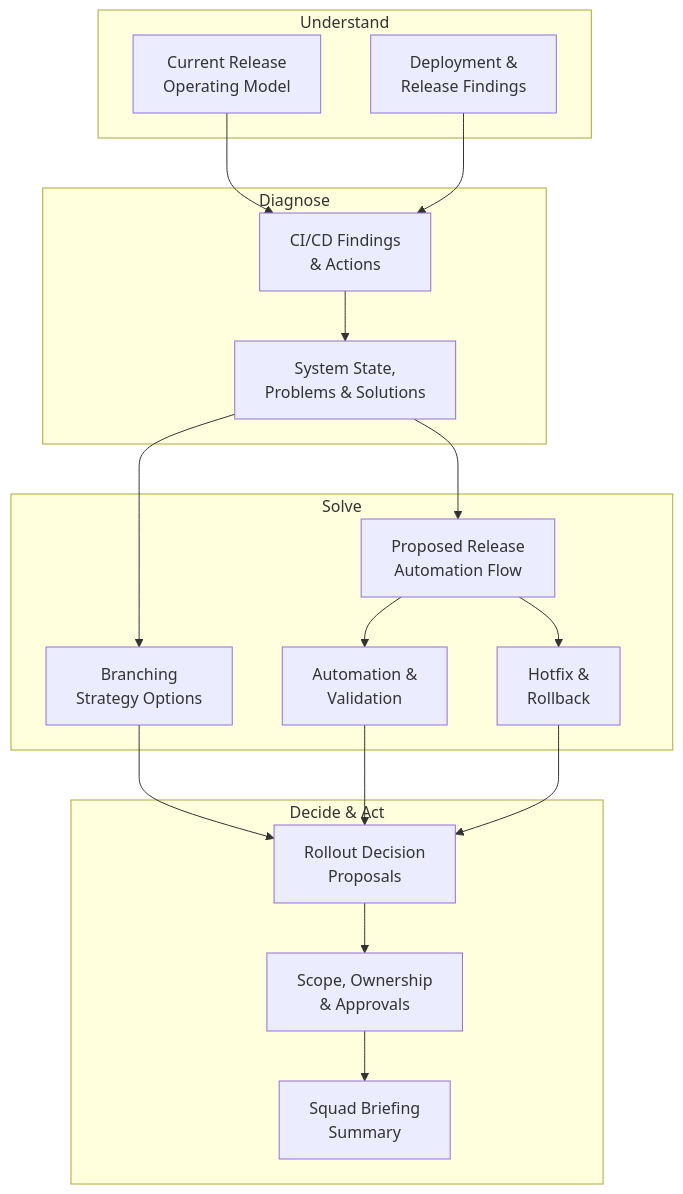
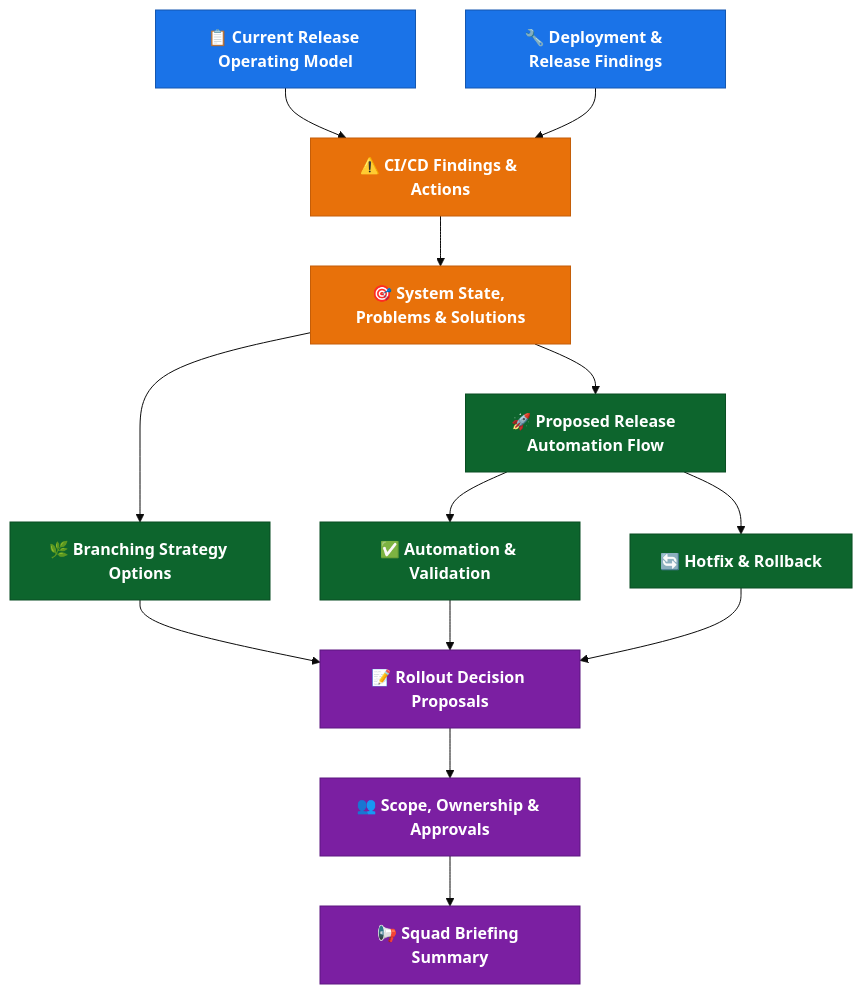
Before and after one commit to benanaktaspusulait/branching-strategy: the diagram in README.md, drawn with Mermaid. The commit also changed other lines of this file, not shown here.

Commit message:
"Remove outdated pre-meeting brief and process summary documents."

````diff
--- a/README.md
+++ b/README.md
@@ -91,38 +91,36 @@
 ```mermaid
+%%{init: {'theme': 'base', 'themeVariables': {'primaryColor': '#4a90d9', 'primaryTextColor': '#fff', 'primaryBorderColor': '#2c6fad', 'secondaryColor': '#f0f4f8', 'tertiaryColor': '#e8f5e9'}}}%%
+
 flowchart TD
-  subgraph UNDERSTAND["Understand"]
-    A["Current Release\nOperating Model"]
-    B["Deployment &\nRelease Findings"]
-  end
+  %% Layer 1
+  A["📋 Current Release Operating Model"]:::current
+  B["🔧 Deployment & Release Findings"]:::current
 
-  subgraph DIAGNOSE["Diagnose"]
-    C["CI/CD Findings\n& Actions"]
-    D["System State,\nProblems & Solutions"]
-  end
+  %% Layer 2
+  C["⚠️ CI/CD Findings & Actions"]:::problem
+  D["🎯 System State, Problems & Solutions"]:::problem
 
-  subgraph SOLVE["Solve"]
-    E["Proposed Release\nAutomation Flow"]
-    F["Branching\nStrategy Options"]
-    G["Automation &\nValidation"]
-    H["Hotfix &\nRollback"]
-  end
+  %% Layer 3
+  E["🚀 Proposed Release Automation Flow"]:::solution
+  F["🌿 Branching Strategy Options"]:::solution
+  G["✅ Automation & Validation"]:::solution
+  H["🔄 Hotfix & Rollback"]:::solution
 
-  subgraph DECIDE["Decide & Act"]
-    I["Rollout Decision\nProposals"]
-    J["Scope, Ownership\n& Approvals"]
-    K["Squad Briefing\nSummary"]
-  end
+  %% Layer 4
+  I["📝 Rollout Decision Proposals"]:::decision
+  J["👥 Scope, Ownership & Approvals"]:::decision
+  K["📢 Squad Briefing Summary"]:::decision
 
-  A --> C
-  B --> C
-  C --> D
-  D --> E
-  D --> F
-  E --> G
-  E --> H
-  F --> I
-  G --> I
-  H --> I
-  I --> J
-  J --> K
+  %% Relationships
+  A & B --> C --> D
+  D --> E & F
+  E --> G & H
+  F & G & H --> I
+  I --> J --> K
+
+  %% Styles
+  classDef current fill:#1a73e8,stroke:#1557b0,color:#fff,font-weight:bold
+  classDef problem fill:#e8710a,stroke:#c45d08,color:#fff,font-weight:bold
+  classDef solution fill:#0d652d,stroke:#094d22,color:#fff,font-weight:bold
+  classDef decision fill:#7b1fa2,stroke:#5c1680,color:#fff,font-weight:bold
 ```
````
